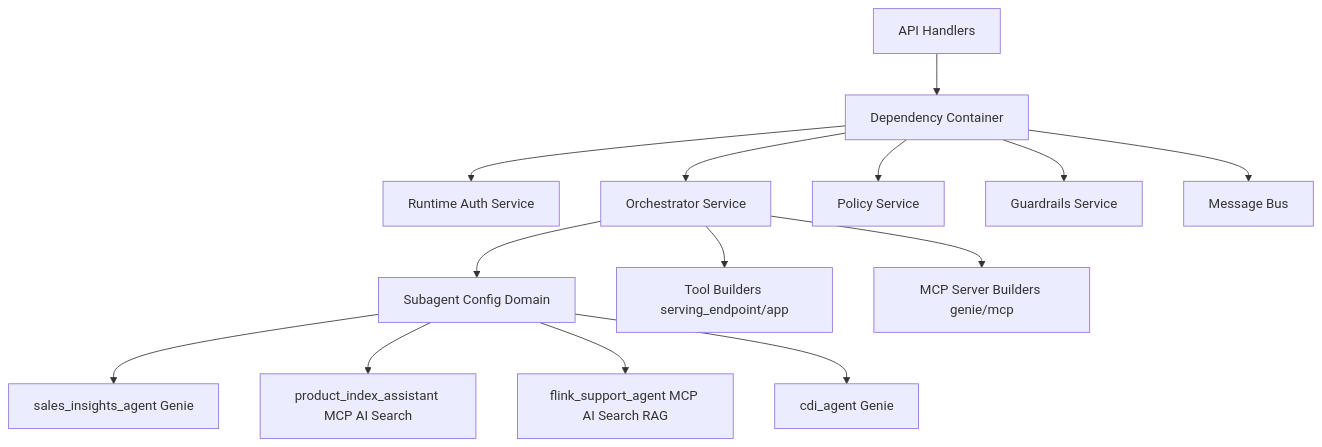
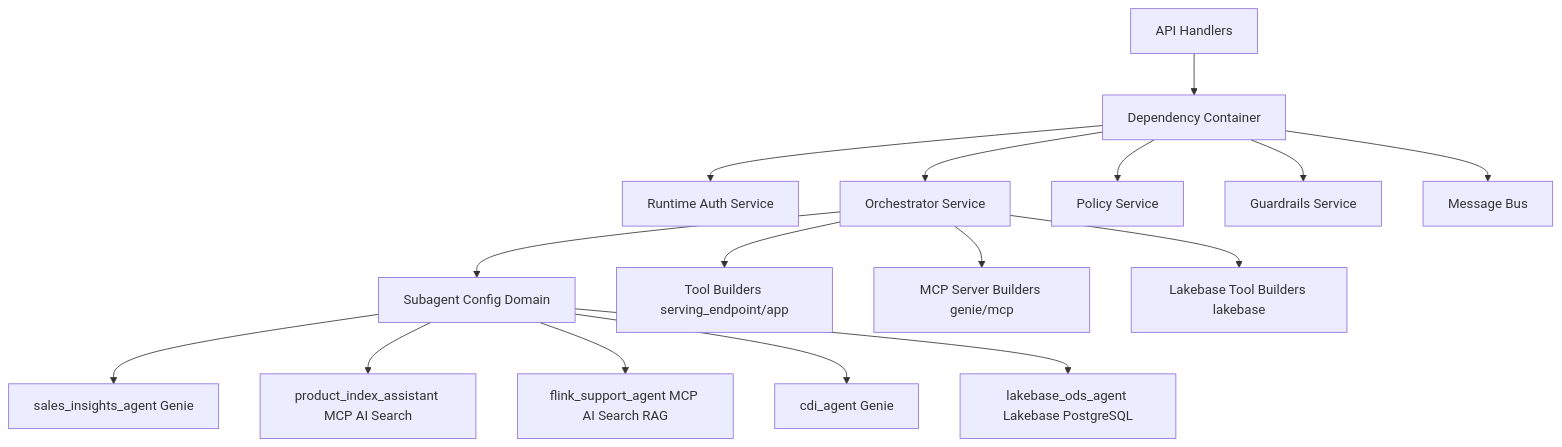
One commit to wchen-dea/Governed-Multi-Agent-Intelligence-on-Databricks changed the first of 6 diagrams in docs/architecture/design-artifacts/04-logical-detailed.md. Above: the diagram before and after it, drawn with Mermaid. The commit also changed 15 other files, not shown here.

Commit message:
agent for lakebase

````diff
--- a/docs/architecture/design-artifacts/04-logical-detailed.md
+++ b/docs/architecture/design-artifacts/04-logical-detailed.md
@@ -7,18 +7,20 @@
 ```mermaid
 flowchart TB
     H[API Handlers] --> D[Dependency Container]
     D --> RA[Runtime Auth Service]
     D --> OR[Orchestrator Service]
     D --> PO[Policy Service]
     D --> GR[Guardrails Service]
     D --> MB[Message Bus]
 
     OR --> SC[Subagent Config Domain]
     OR --> TL[Tool Builders serving_endpoint/app]
     OR --> MCP[MCP Server Builders genie/mcp]
+    OR --> LB[Lakebase Tool Builders lakebase]
 
     SC --> S1[sales_insights_agent Genie]
     SC --> S2[product_index_assistant MCP AI Search]
     SC --> S3[flink_support_agent MCP AI Search RAG]
     SC --> S4[cdi_agent Genie]
+    SC --> S5[lakebase_ods_agent Lakebase PostgreSQL]
 ```
````
